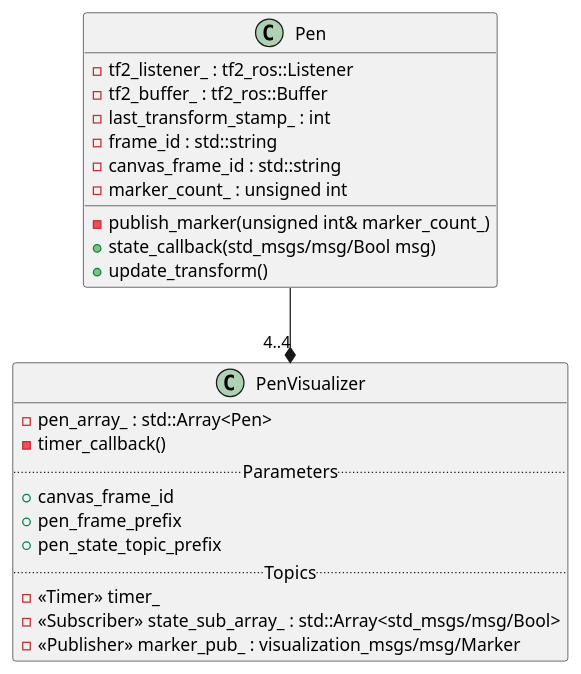
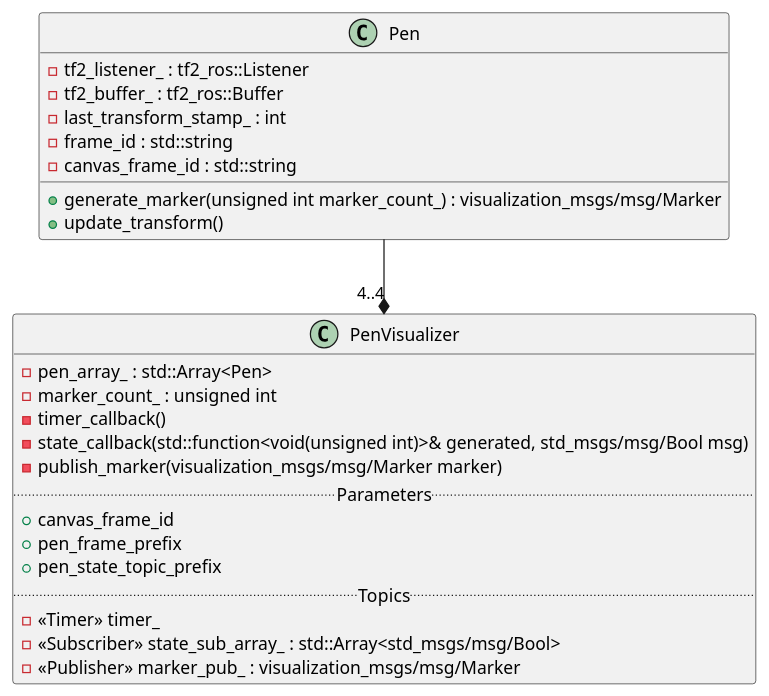
Before and after one commit to zbrotherton/RRC-RAI-ROS2: the diagram in docs/puml/pen_visualizer_class.puml, drawn with PlantUML.

Commit message:
Update puml for fully-functional implementation of pen visualizer

```diff
--- a/docs/puml/pen_visualizer_class.puml
+++ b/docs/puml/pen_visualizer_class.puml
@@ -1,31 +1,31 @@
 @startuml PenVisualizerClassDiagram
 
 class Pen{
     -tf2_listener_ : tf2_ros::Listener
     -tf2_buffer_ : tf2_ros::Buffer
     -last_transform_stamp_ : int
     -frame_id : std::string
     -canvas_frame_id : std::string
-    -marker_count_ : unsigned int
-
-    -publish_marker(unsigned int& marker_count_)
-    +state_callback(std_msgs/msg/Bool msg)
+    +generate_marker(unsigned int marker_count_) : visualization_msgs/msg/Marker
     +update_transform()
 }
 
 class PenVisualizer{
     -pen_array_ : std::Array<Pen>
+    -marker_count_ : unsigned int
     -timer_callback()
+    -state_callback(std::function<void(unsigned int)>& generated, std_msgs/msg/Bool msg)
+    -publish_marker(visualization_msgs/msg/Marker marker)
     .. Parameters ..
     +canvas_frame_id
     +pen_frame_prefix
     +pen_state_topic_prefix
     .. Topics ..
     -<<Timer>> timer_
     -<<Subscriber>> state_sub_array_ : std::Array<std_msgs/msg/Bool>
     -<<Publisher>> marker_pub_ : visualization_msgs/msg/Marker
 }
 
 Pen --* "4..4" PenVisualizer
 
 @enduml
```
